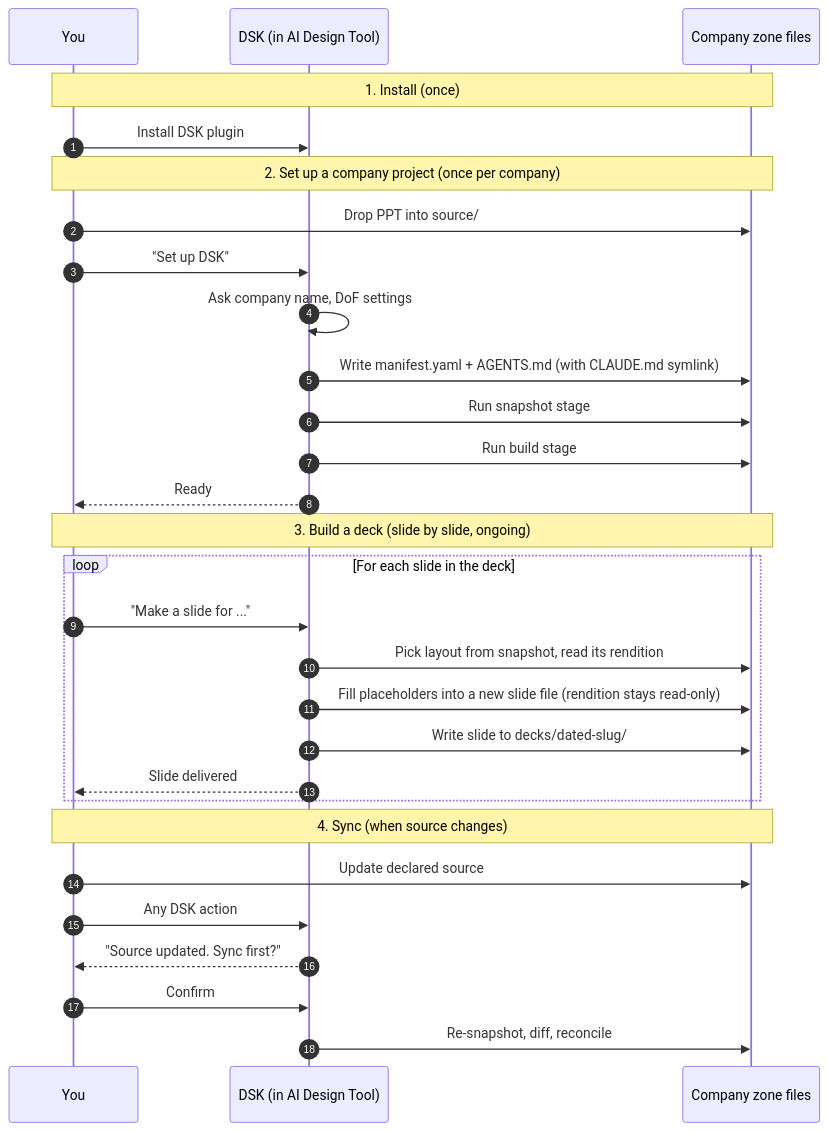
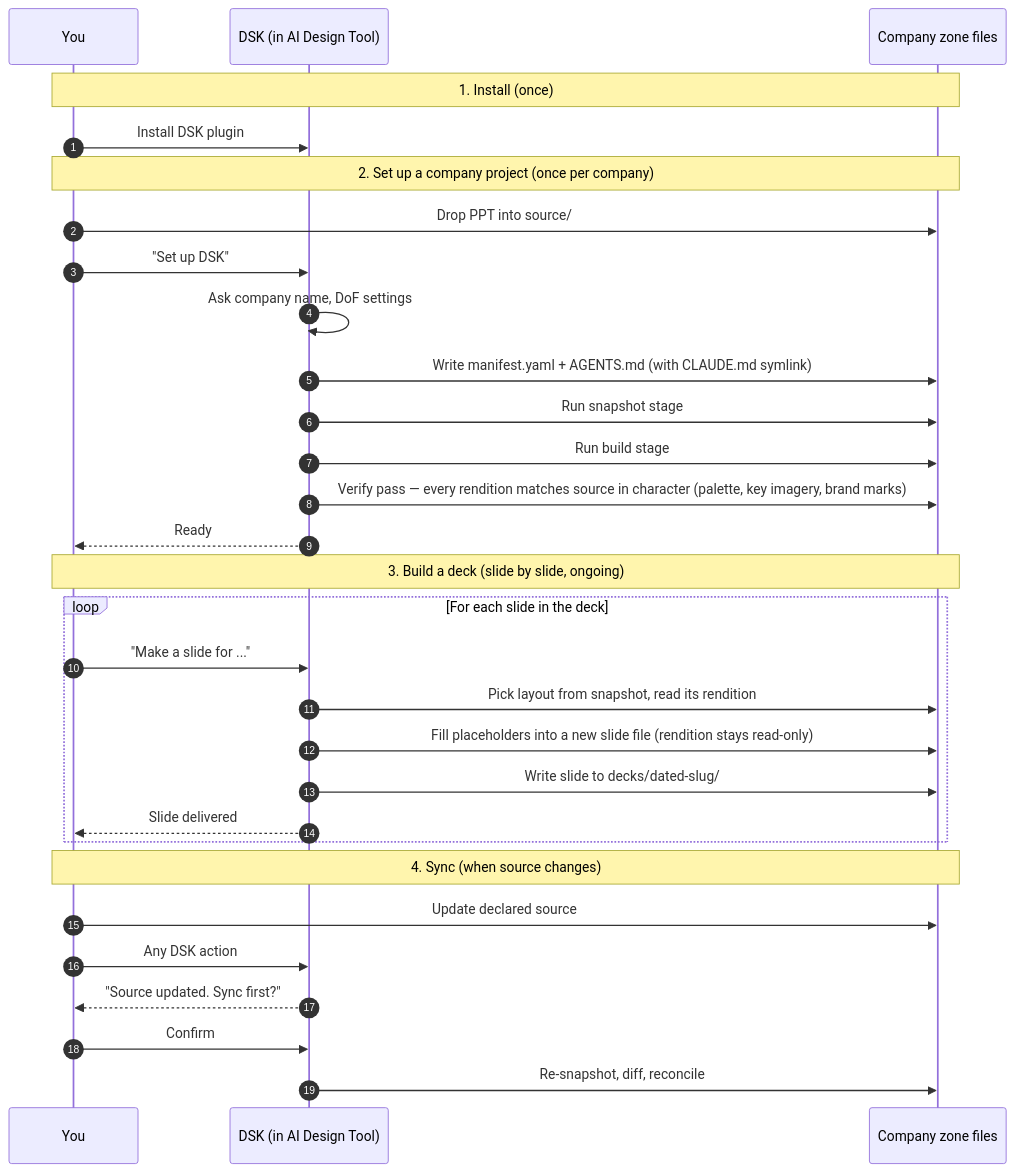
One commit to dawid-dahl-umain/design-system-kernel changed the first of 5 diagrams in dsk/skills/context/lifecycles.md. Above: the diagram before and after it, drawn with Mermaid. The commit also changed other lines of this file and 3 other files, not shown here.

````diff
--- a/dsk/skills/context/lifecycles.md
+++ b/dsk/skills/context/lifecycles.md
@@ -14,35 +15,36 @@
 ```mermaid
 sequenceDiagram
     autonumber
     participant You
     participant DSK as DSK (in AI Design Tool)
     participant Files as Company zone files
 
     Note over You,Files: 1. Install (once)
     You->>DSK: Install DSK plugin
 
     Note over You,Files: 2. Set up a company project (once per company)
     You->>Files: Drop PPT into source/
     You->>DSK: "Set up DSK"
     DSK->>DSK: Ask company name, DoF settings
     DSK->>Files: Write manifest.yaml + AGENTS.md (with CLAUDE.md symlink)
     DSK->>Files: Run snapshot stage
     DSK->>Files: Run build stage
+    DSK->>Files: Verify pass — every rendition matches source in character (palette, key imagery, brand marks)
     DSK-->>You: Ready
 
     Note over You,Files: 3. Build a deck (slide by slide, ongoing)
     loop For each slide in the deck
         You->>DSK: "Make a slide for ..."
         DSK->>Files: Pick layout from snapshot, read its rendition
         DSK->>Files: Fill placeholders into a new slide file (rendition stays read-only)
         DSK->>Files: Write slide to decks/dated-slug/
         DSK-->>You: Slide delivered
     end
 
     Note over You,Files: 4. Sync (when source changes)
     You->>Files: Update declared source
     You->>DSK: Any DSK action
     DSK-->>You: "Source updated. Sync first?"
     You->>DSK: Confirm
     DSK->>Files: Re-snapshot, diff, reconcile
 ```
````
